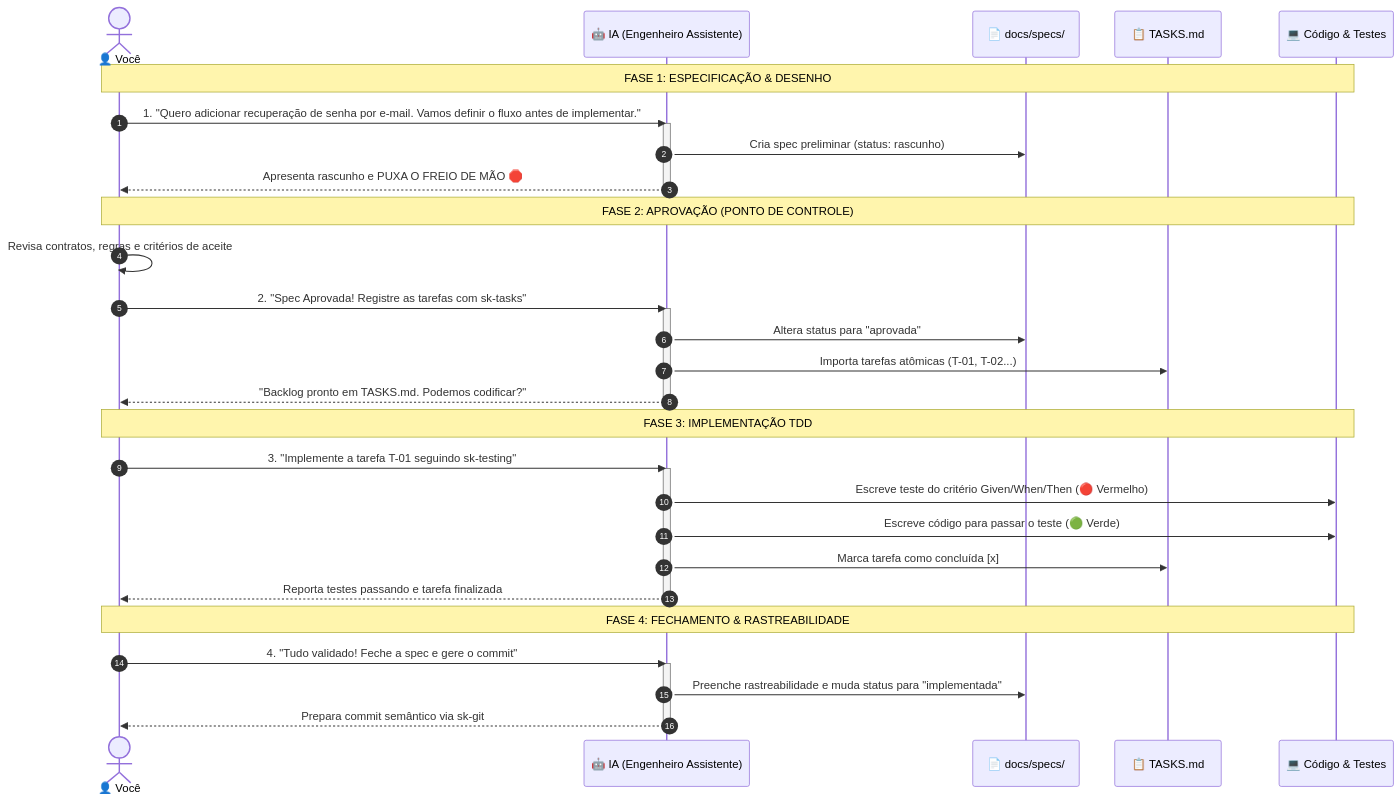
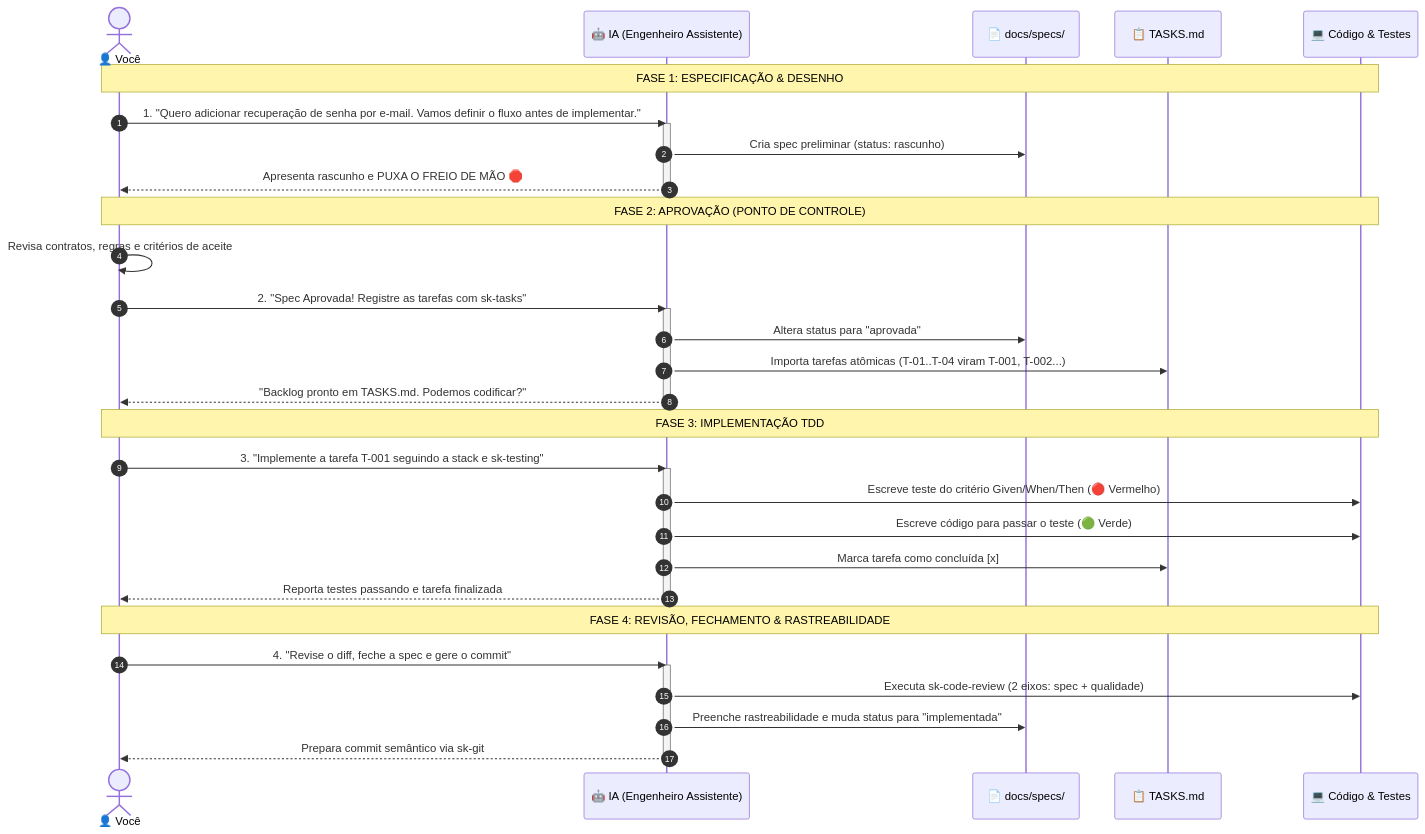
One commit to heliomarpm/skills changed the diagram in docs/GUIA_PRATICO_SDD.md. Above: the diagram before and after it, drawn with Mermaid. The commit also changed other lines of this file and 1 other file, not shown here.

````diff
--- a/docs/GUIA_PRATICO_SDD.md
+++ b/docs/GUIA_PRATICO_SDD.md
@@ -21,41 +21,42 @@
 ```mermaid
 sequenceDiagram
     autonumber
     actor VOCE as 👤 Você
     participant IA as 🤖 IA (Engenheiro Assistente)
     participant SPEC as 📄 docs/specs/
     participant TASKS as 📋 TASKS.md
     participant CODE as 💻 Código & Testes
 
     Note over VOCE, CODE: FASE 1: ESPECIFICAÇÃO & DESENHO
     VOCE->>IA: 1. "Quero adicionar recuperação de senha por e-mail. Vamos definir o fluxo antes de implementar."
     activate IA
     IA->>SPEC: Cria spec preliminar (status: rascunho)
     IA-->>VOCE: Apresenta rascunho e PUXA O FREIO DE MÃO 🛑
     deactivate IA
 
     Note over VOCE, CODE: FASE 2: APROVAÇÃO (PONTO DE CONTROLE)
     VOCE->>VOCE: Revisa contratos, regras e critérios de aceite
     VOCE->>IA: 2. "Spec Aprovada! Registre as tarefas com sk-tasks"
     activate IA
     IA->>SPEC: Altera status para "aprovada"
-    IA->>TASKS: Importa tarefas atômicas (T-01, T-02...)
+    IA->>TASKS: Importa tarefas atômicas (T-01..T-04 viram T-001, T-002...)
     IA-->>VOCE: "Backlog pronto em TASKS.md. Podemos codificar?"
     deactivate IA
 
     Note over VOCE, CODE: FASE 3: IMPLEMENTAÇÃO TDD
-    VOCE->>IA: 3. "Implemente a tarefa T-01 seguindo sk-testing"
+    VOCE->>IA: 3. "Implemente a tarefa T-001 seguindo a stack e sk-testing"
     activate IA
     IA->>CODE: Escreve teste do critério Given/When/Then (🔴 Vermelho)
     IA->>CODE: Escreve código para passar o teste (🟢 Verde)
     IA->>TASKS: Marca tarefa como concluída [x]
     IA-->>VOCE: Reporta testes passando e tarefa finalizada
     deactivate IA
 
-    Note over VOCE, CODE: FASE 4: FECHAMENTO & RASTREABILIDADE
-    VOCE->>IA: 4. "Tudo validado! Feche a spec e gere o commit"
+    Note over VOCE, CODE: FASE 4: REVISÃO, FECHAMENTO & RASTREABILIDADE
+    VOCE->>IA: 4. "Revise o diff, feche a spec e gere o commit"
     activate IA
+    IA->>CODE: Executa sk-code-review (2 eixos: spec + qualidade)
     IA->>SPEC: Preenche rastreabilidade e muda status para "implementada"
     IA-->>VOCE: Prepara commit semântico via sk-git
     deactivate IA
 ```
````
